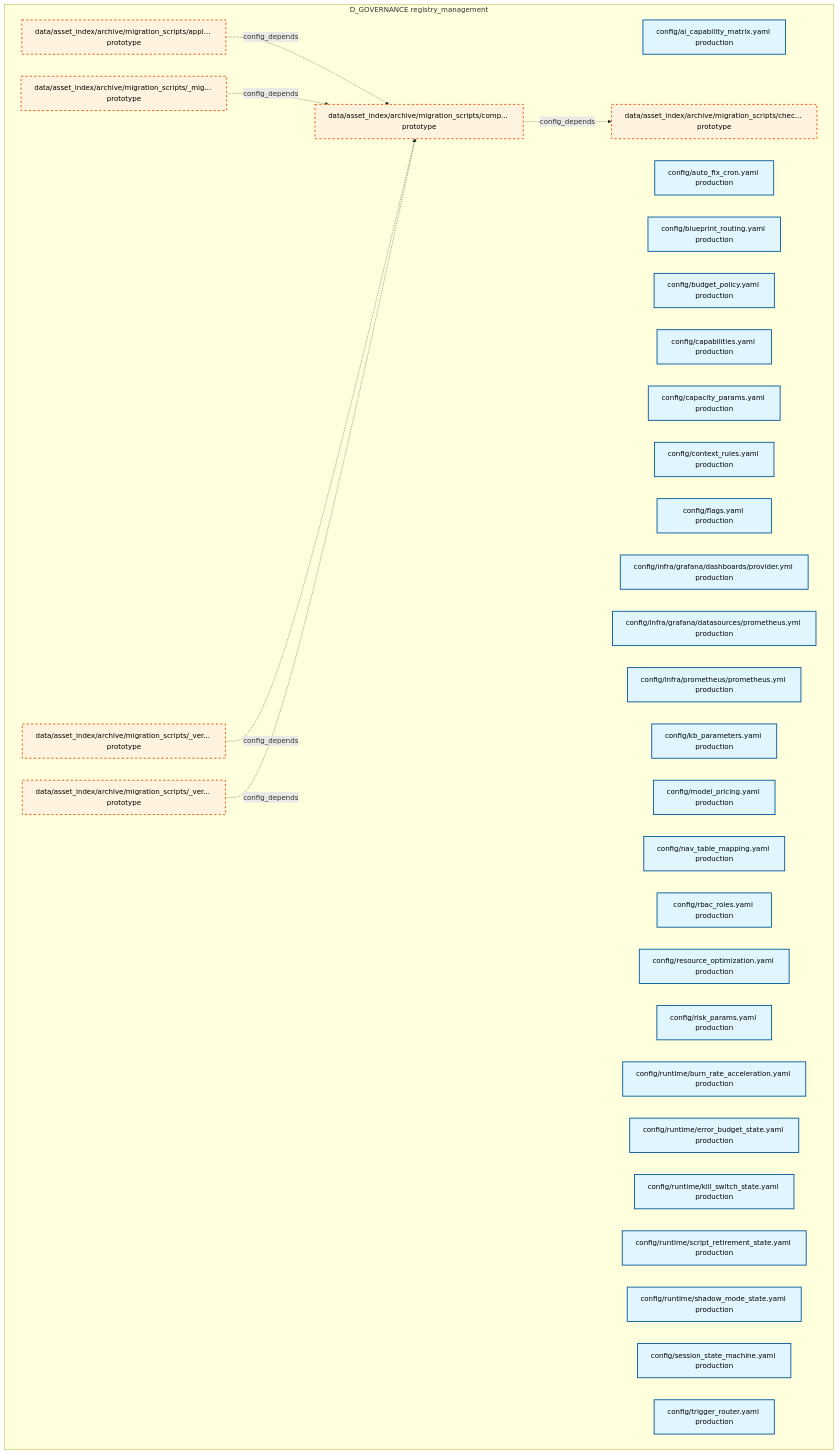
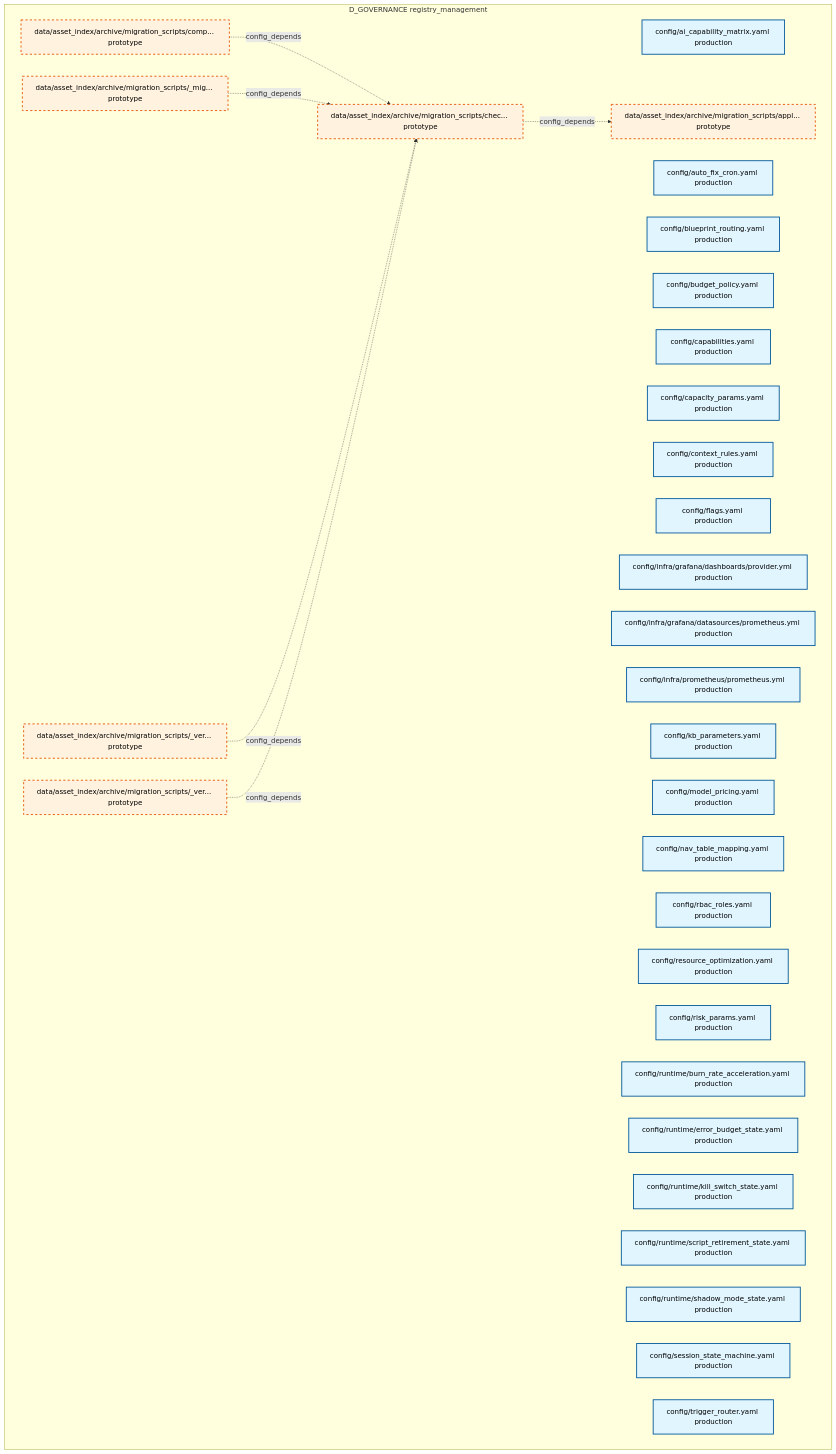
Before and after one commit to xuanFelixVan/ZephyrAlpha: the first of 28 diagrams in docs/02_enterprise_architecture/02_domain_architecture_docs/31_d_governance.md, drawn with Mermaid. The commit also changed other lines of this file and 99 other files, not shown here.

````diff
--- a/docs/02_enterprise_architecture/02_domain_architecture_docs/31_d_governance.md
+++ b/docs/02_enterprise_architecture/02_domain_architecture_docs/31_d_governance.md
@@ -49,46 +49,46 @@
 ```mermaid
 graph TD
     subgraph D_GOVERNANCE["D_GOVERNANCE registry_management"]
         config_ai_capability_matrix_yaml["config/ai_capability_matrix.yaml production"]
         config_auto_fix_cron_yaml["config/auto_fix_cron.yaml production"]
         config_blueprint_routing_yaml["config/blueprint_routing.yaml production"]
         config_budget_policy_yaml["config/budget_policy.yaml production"]
         config_capabilities_yaml["config/capabilities.yaml production"]
         config_capacity_params_yaml["config/capacity_params.yaml production"]
         config_context_rules_yaml["config/context_rules.yaml production"]
         config_flags_yaml["config/flags.yaml production"]
         config_infra_grafana_dashboards_provider_yml["config/infra/grafana/dashboards/provider.yml production"]
         config_infra_grafana_datasources_prometheus_yml["config/infra/grafana/datasources/prometheus.yml production"]
         config_infra_prometheus_prometheus_yml["config/infra/prometheus/prometheus.yml production"]
         config_kb_parameters_yaml["config/kb_parameters.yaml production"]
         config_model_pricing_yaml["config/model_pricing.yaml production"]
         config_nav_table_mapping_yaml["config/nav_table_mapping.yaml production"]
         config_rbac_roles_yaml["config/rbac_roles.yaml production"]
         config_resource_optimization_yaml["config/resource_optimization.yaml production"]
         config_risk_params_yaml["config/risk_params.yaml production"]
         config_runtime_burn_rate_acceleration_yaml["config/runtime/burn_rate_acceleration.yaml production"]
         config_runtime_error_budget_state_yaml["config/runtime/error_budget_state.yaml production"]
         config_runtime_kill_switch_state_yaml["config/runtime/kill_switch_state.yaml production"]
         config_runtime_script_retirement_state_yaml["config/runtime/script_retirement_state.yaml production"]
         config_runtime_shadow_mode_state_yaml["config/runtime/shadow_mode_state.yaml production"]
         config_session_state_machine_yaml["config/session_state_machine.yaml production"]
         config_trigger_router_yaml["config/trigger_router.yaml production"]
         data_asset_index_archive_migration_scripts_migration_shared_py["data/asset_index/archive/migration_scripts/_mig... prototype"]
         data_asset_index_archive_migration_scripts_verify_manifest_py["data/asset_index/archive/migration_scripts/_ver... prototype"]
         data_asset_index_archive_migration_scripts_verify_step4_py["data/asset_index/archive/migration_scripts/_ver... prototype"]
         data_asset_index_archive_migration_scripts_apply_rulings_py["data/asset_index/archive/migration_scripts/appl... prototype"]
         data_asset_index_archive_migration_scripts_check_coverage_py["data/asset_index/archive/migration_scripts/chec... prototype"]
         data_asset_index_archive_migration_scripts_comprehensive_import_fix_py["data/asset_index/archive/migration_scripts/comp... prototype"]
     end
+    data_asset_index_archive_migration_scripts_check_coverage_py -.->|config_depends| data_asset_index_archive_migration_scripts_apply_rulings_py
     data_asset_index_archive_migration_scripts_comprehensive_import_fix_py -.->|config_depends| data_asset_index_archive_migration_scripts_check_coverage_py
-    data_asset_index_archive_migration_scripts_apply_rulings_py -.->|config_depends| data_asset_index_archive_migration_scripts_comprehensive_import_fix_py
-    data_asset_index_archive_migration_scripts_migration_shared_py -.->|config_depends| data_asset_index_archive_migration_scripts_comprehensive_import_fix_py
-    data_asset_index_archive_migration_scripts_verify_step4_py -.->|config_depends| data_asset_index_archive_migration_scripts_comprehensive_import_fix_py
-    data_asset_index_archive_migration_scripts_verify_manifest_py -.->|config_depends| data_asset_index_archive_migration_scripts_comprehensive_import_fix_py
+    data_asset_index_archive_migration_scripts_migration_shared_py -.->|config_depends| data_asset_index_archive_migration_scripts_check_coverage_py
+    data_asset_index_archive_migration_scripts_verify_manifest_py -.->|config_depends| data_asset_index_archive_migration_scripts_check_coverage_py
+    data_asset_index_archive_migration_scripts_verify_step4_py -.->|config_depends| data_asset_index_archive_migration_scripts_check_coverage_py
     classDef production fill:#e1f5fe,stroke:#01579b,stroke-width:2px,color:#000
     classDef design fill:#fff3e0,stroke:#e65100,stroke-width:2px,color:#000,stroke-dasharray: 5 5
     classDef external_prod fill:#e8f5e9,stroke:#1b5e20,stroke-width:1px,color:#000
     classDef external_design fill:#fce4ec,stroke:#880e4f,stroke-width:1px,color:#000,stroke-dasharray: 5 5
     class config_ai_capability_matrix_yaml,config_auto_fix_cron_yaml,config_blueprint_routing_yaml,config_budget_policy_yaml,config_capabilities_yaml,config_capacity_params_yaml,config_context_rules_yaml,config_flags_yaml,config_infra_grafana_dashboards_provider_yml,config_infra_grafana_datasources_prometheus_yml,config_infra_prometheus_prometheus_yml,config_kb_parameters_yaml,config_model_pricing_yaml,config_nav_table_mapping_yaml,config_rbac_roles_yaml,config_resource_optimization_yaml,config_risk_params_yaml,config_runtime_burn_rate_acceleration_yaml,config_runtime_error_budget_state_yaml,config_runtime_kill_switch_state_yaml,config_runtime_script_retirement_state_yaml,config_runtime_shadow_mode_state_yaml,config_session_state_machine_yaml,config_trigger_router_yaml production
     class data_asset_index_archive_migration_scripts_migration_shared_py,data_asset_index_archive_migration_scripts_verify_manifest_py,data_asset_index_archive_migration_scripts_verify_step4_py,data_asset_index_archive_migration_scripts_apply_rulings_py,data_asset_index_archive_migration_scripts_check_coverage_py,data_asset_index_archive_migration_scripts_comprehensive_import_fix_py design
 ```
````
